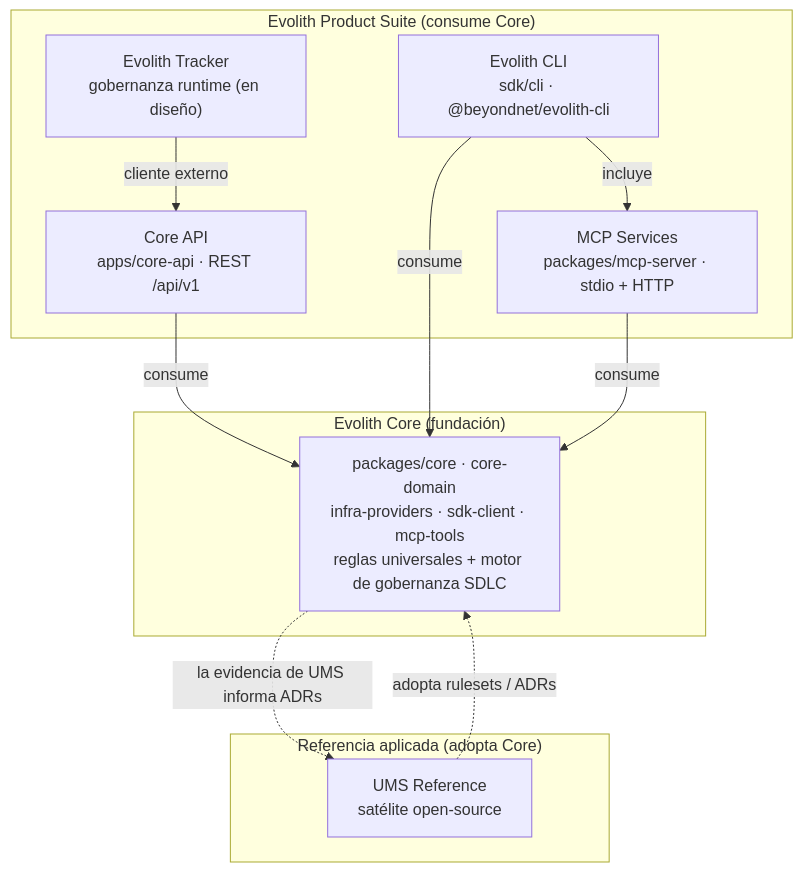
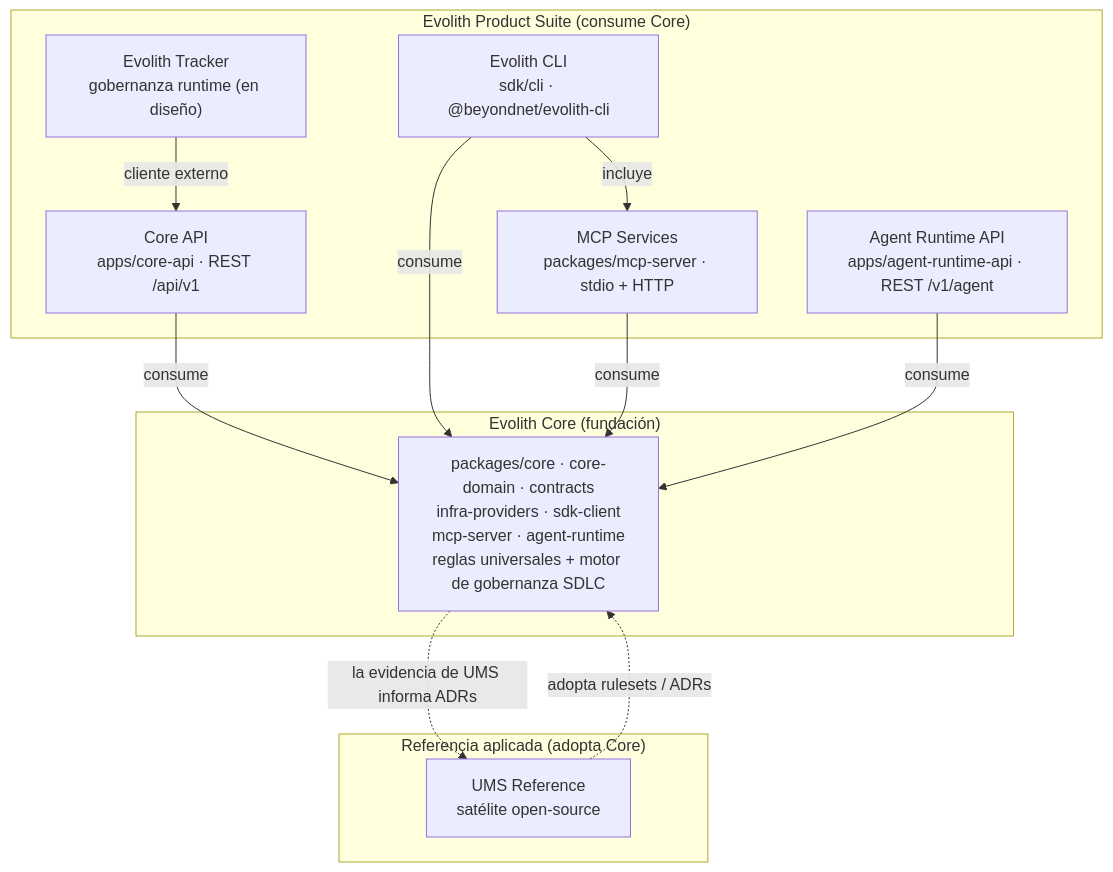
The first of 4 diagrams in product/products/ecosystem-and-communication.es.md (beyondnetcode/evolith_arch32), drawn with Mermaid before and after one commit. The commit also changed other lines of this file and 8 other files, not shown here.

````diff
--- a/product/products/ecosystem-and-communication.es.md
+++ b/product/products/ecosystem-and-communication.es.md
@@ -23,26 +23,28 @@
 ```mermaid
 graph TD
     subgraph Foundation["Evolith Core (fundación)"]
-        CORE["packages/core · core-domain<br/>infra-providers · sdk-client · mcp-tools<br/>reglas universales + motor de gobernanza SDLC"]
+        CORE["packages/core · core-domain · contracts<br/>infra-providers · sdk-client<br/>mcp-server · agent-runtime<br/>reglas universales + motor de gobernanza SDLC"]
     end
 
     subgraph Suite["Evolith Product Suite (consume Core)"]
         API["Core API<br/>apps/core-api · REST /api/v1"]
         CLI["Evolith CLI<br/>sdk/cli · @beyondnet/evolith-cli"]
         MCP["MCP Services<br/>packages/mcp-server · stdio + HTTP"]
+        ART["Agent Runtime API<br/>apps/agent-runtime-api · REST /v1/agent"]
         TRK["Evolith Tracker<br/>gobernanza runtime (en diseño)"]
     end
 
     subgraph Reference["Referencia aplicada (adopta Core)"]
         UMS["UMS Reference<br/>satélite open-source"]
     end
 
     API -->|consume| CORE
     CLI -->|consume| CORE
     MCP -->|consume| CORE
+    ART -->|consume| CORE
     CLI -->|incluye| MCP
     TRK -->|cliente externo| API
     UMS -.->|adopta rulesets / ADRs| CORE
 
     CORE -.->|la evidencia de UMS informa ADRs| UMS
 ```
````
